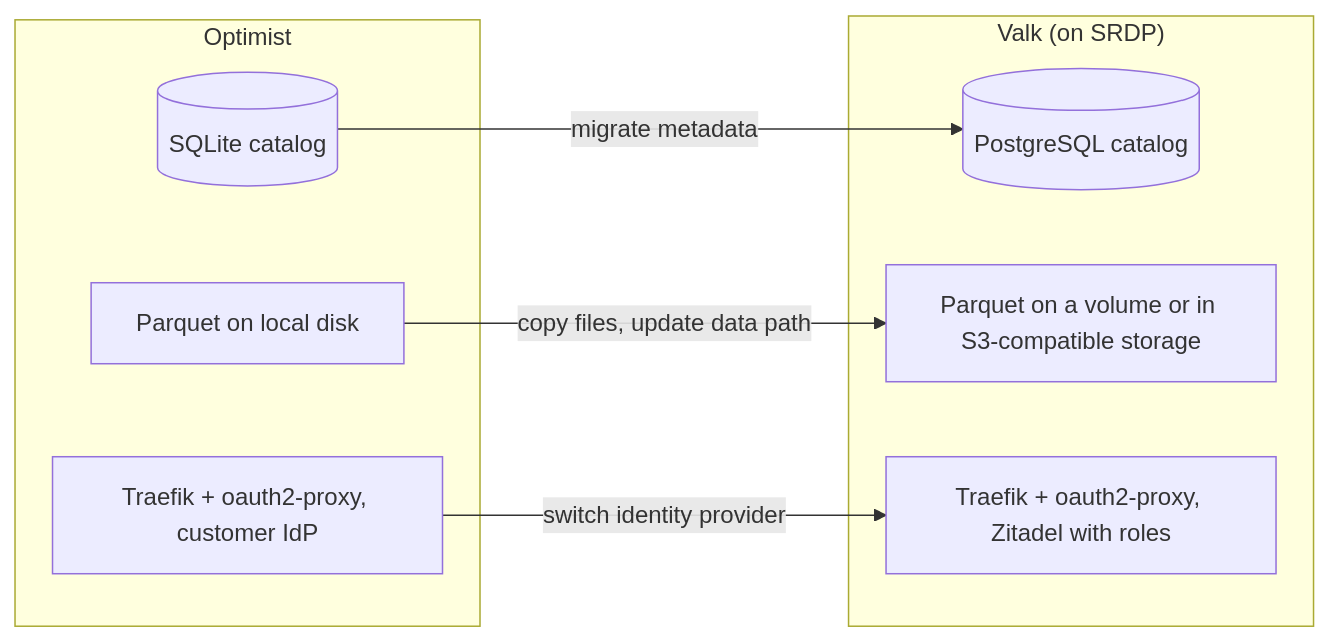
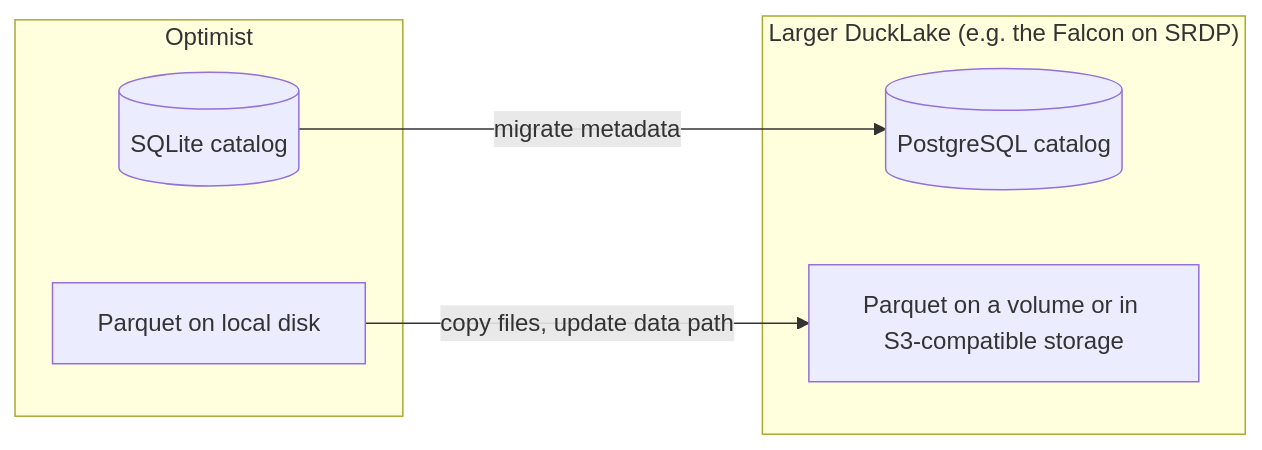
The sixth of 6 diagrams in docs/architecture.md (datavloot/datavloot-toolkit), drawn with Mermaid before and after one commit. The commit also changed other lines of this file and 3 other files, not shown here.

````diff
--- a/docs/architecture.md
+++ b/docs/architecture.md
@@ -135,18 +135,15 @@
 ```mermaid
 flowchart LR
     subgraph OPT["Optimist"]
         O1[("SQLite catalog")]
         O2["Parquet on local disk"]
-        O3["Traefik + oauth2-proxy, customer IdP"]
     end
 
-    subgraph VALK["Valk (on SRDP)"]
-        F1[("PostgreSQL catalog")]
-        F2["Parquet on a volume or in S3-compatible storage"]
-        F3["Traefik + oauth2-proxy, Zitadel with roles"]
+    subgraph TARGET["Larger DuckLake (e.g. the Falcon on SRDP)"]
+        T1[("PostgreSQL catalog")]
+        T2["Parquet on a volume or in S3-compatible storage"]
     end
 
-    O1 -- "migrate metadata" --> F1
-    O2 -- "copy files, update data path" --> F2
-    O3 -- "switch identity provider" --> F3
+    O1 -- "migrate metadata" --> T1
+    O2 -- "copy files, update data path" --> T2
 ```
````
